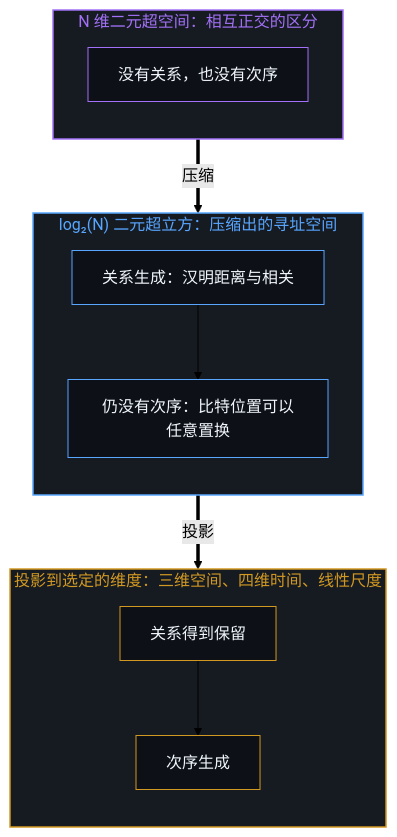
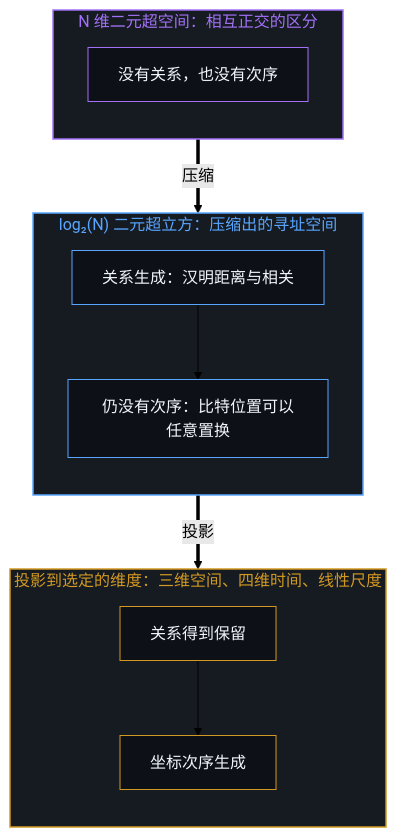
One commit to powerpig99/not-a-toe changed the first of 2 diagrams in content/posts/dimensions-are-projections.md. Above: the diagram before and after it, drawn with Mermaid (forest theme). The commit also changed other lines of this file and 13 other files, not shown here.

````diff
--- a/content/posts/dimensions-are-projections.md
+++ b/content/posts/dimensions-are-projections.md
@@ -55,29 +55,29 @@
 ```mermaid
 flowchart TD
     subgraph S_Hyper["N 维二元超空间：相互正交的区分"]
         direction TB
         H1["没有关系，也没有次序"]
     end
     subgraph S_Cube["log₂(N) 二元超立方：压缩出的寻址空间"]
         direction TB
         C1["关系生成：汉明距离与相关"]
         C2["仍没有次序：比特位置可以任意置换"]
     end
     subgraph S_Proj["投影到选定的维度：三维空间、四维时间、线性尺度"]
         direction TB
         P1["关系得到保留"]
-        P2["次序生成"]
+        P2["坐标次序生成"]
     end
     H1 ==>|"压缩"| C1
     C1 --> C2
     C2 ==>|"投影"| P1
     P1 --> P2
     style S_Hyper fill:#161b22,stroke:#a371f7,stroke-width:1.5px,color:#a371f7
     style S_Cube fill:#161b22,stroke:#58a6ff,stroke-width:1.5px,color:#58a6ff
     style S_Proj fill:#161b22,stroke:#d29922,stroke-width:1.5px,color:#d29922
     style H1 fill:#0d1117,stroke:#a371f7,stroke-width:1px,color:#f0f6fc
     style C1 fill:#0d1117,stroke:#58a6ff,stroke-width:1px,color:#f0f6fc
     style C2 fill:#0d1117,stroke:#58a6ff,stroke-width:1px,color:#f0f6fc
     style P1 fill:#0d1117,stroke:#d29922,stroke-width:1px,color:#f0f6fc
     style P2 fill:#0d1117,stroke:#d29922,stroke-width:1px,color:#f0f6fc
 ```
````
